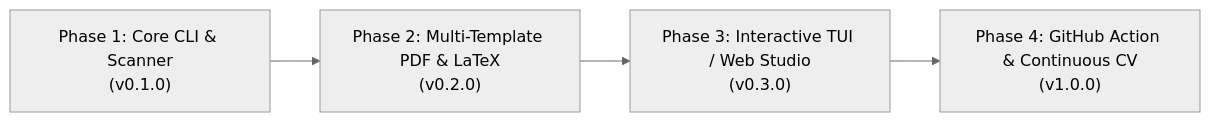
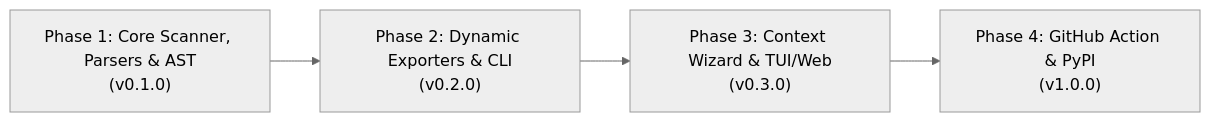
Before and after one commit to skr2270/CodeMyResume: the diagram in docs/ROADMAP.md, drawn with Mermaid (neutral theme). The commit also changed other lines of this file and 8 other files, not shown here.

Commit message:
docs: finalize v0.1.0 architecture specs, packaging metadata, sanitizer, and LinkedIn exporter design

````diff
--- a/docs/ROADMAP.md
+++ b/docs/ROADMAP.md
@@ -9,6 +9,6 @@
 ```mermaid
 flowchart LR
-    M1["Phase 1: Core CLI & Scanner<br/>(v0.1.0)"] --> M2["Phase 2: Multi-Template PDF & LaTeX<br/>(v0.2.0)"]
-    M2 --> M3["Phase 3: Interactive TUI / Web Studio<br/>(v0.3.0)"]
-    M3 --> M4["Phase 4: GitHub Action & Continuous CV<br/>(v1.0.0)"]
+    M1["Phase 1: Core Scanner, Parsers & AST<br/>(v0.1.0)"] --> M2["Phase 2: Dynamic Exporters & CLI<br/>(v0.2.0)"]
+    M2 --> M3["Phase 3: Context Wizard & TUI/Web<br/>(v0.3.0)"]
+    M3 --> M4["Phase 4: GitHub Action & PyPI<br/>(v1.0.0)"]
 ```
````
